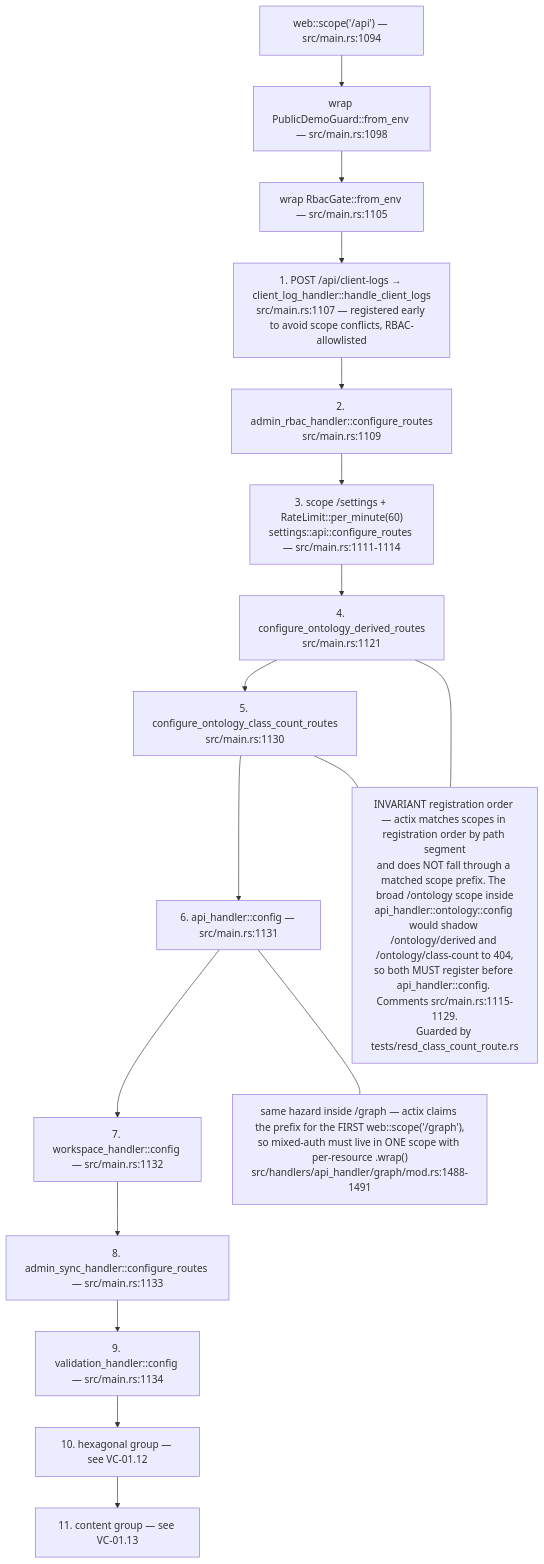
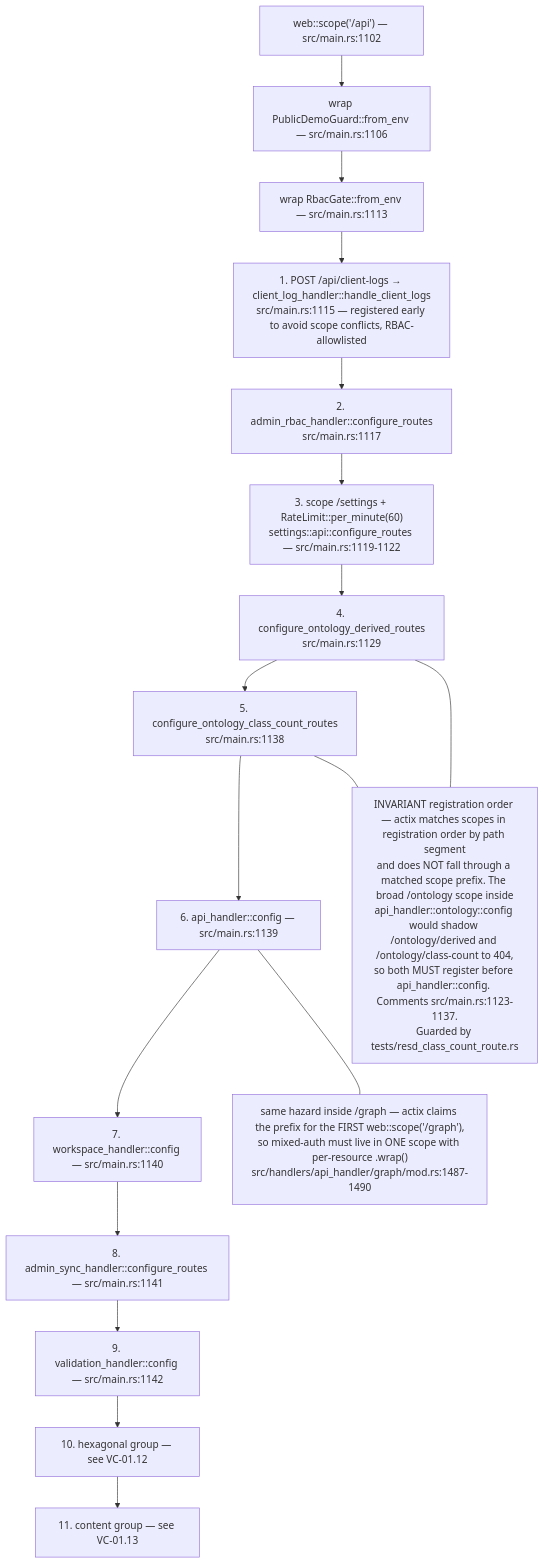
The eighth of 13 diagrams in docs/diagrams/visionclaw/01-boot-and-app-state.md (DreamLab-AI/VisionFlow), drawn with Mermaid before and after one commit. The commit also changed other lines of this file and 4 other files, not shown here.

Commit message:
docs(diagrams): visionclaw 01 and 04 after the graph_state_handler removal

````diff
--- a/docs/diagrams/visionclaw/01-boot-and-app-state.md
+++ b/docs/diagrams/visionclaw/01-boot-and-app-state.md
@@ -364,22 +364,22 @@
 ```mermaid
 flowchart TB
-    S["web::scope('/api') — src/main.rs:1094"]
-    S --> G1["wrap PublicDemoGuard::from_env — src/main.rs:1098"]
-    G1 --> G2["wrap RbacGate::from_env — src/main.rs:1105"]
-    G2 --> R1["1. POST /api/client-logs → client_log_handler::handle_client_logs<br/>src/main.rs:1107 — registered early to avoid scope conflicts, RBAC-allowlisted"]
-    R1 --> R2["2. admin_rbac_handler::configure_routes<br/>src/main.rs:1109"]
-    R2 --> R3["3. scope /settings + RateLimit::per_minute(60)<br/>settings::api::configure_routes — src/main.rs:1111-1114"]
-    R3 --> R4["4. configure_ontology_derived_routes<br/>src/main.rs:1121"]
-    R4 --> R5["5. configure_ontology_class_count_routes<br/>src/main.rs:1130"]
-    R5 --> R6["6. api_handler::config — src/main.rs:1131"]
-    R6 --> R7["7. workspace_handler::config — src/main.rs:1132"]
-    R7 --> R8["8. admin_sync_handler::configure_routes — src/main.rs:1133"]
-    R8 --> R9["9. validation_handler::config — src/main.rs:1134"]
+    S["web::scope('/api') — src/main.rs:1102"]
+    S --> G1["wrap PublicDemoGuard::from_env — src/main.rs:1106"]
+    G1 --> G2["wrap RbacGate::from_env — src/main.rs:1113"]
+    G2 --> R1["1. POST /api/client-logs → client_log_handler::handle_client_logs<br/>src/main.rs:1115 — registered early to avoid scope conflicts, RBAC-allowlisted"]
+    R1 --> R2["2. admin_rbac_handler::configure_routes<br/>src/main.rs:1117"]
+    R2 --> R3["3. scope /settings + RateLimit::per_minute(60)<br/>settings::api::configure_routes — src/main.rs:1119-1122"]
+    R3 --> R4["4. configure_ontology_derived_routes<br/>src/main.rs:1129"]
+    R4 --> R5["5. configure_ontology_class_count_routes<br/>src/main.rs:1138"]
+    R5 --> R6["6. api_handler::config — src/main.rs:1139"]
+    R6 --> R7["7. workspace_handler::config — src/main.rs:1140"]
+    R7 --> R8["8. admin_sync_handler::configure_routes — src/main.rs:1141"]
+    R8 --> R9["9. validation_handler::config — src/main.rs:1142"]
     R9 --> R10["10. hexagonal group — see VC-01.12"]
     R10 --> R11["11. content group — see VC-01.13"]
-    ORD["INVARIANT registration order — actix matches scopes in registration order by path segment<br/>and does NOT fall through a matched scope prefix. The broad /ontology scope inside<br/>api_handler::ontology::config would shadow /ontology/derived and /ontology/class-count to 404,<br/>so both MUST register before api_handler::config. Comments src/main.rs:1115-1129.<br/>Guarded by tests/resd_class_count_route.rs"]
+    ORD["INVARIANT registration order — actix matches scopes in registration order by path segment<br/>and does NOT fall through a matched scope prefix. The broad /ontology scope inside<br/>api_handler::ontology::config would shadow /ontology/derived and /ontology/class-count to 404,<br/>so both MUST register before api_handler::config. Comments src/main.rs:1123-1137.<br/>Guarded by tests/resd_class_count_route.rs"]
     R4 --- ORD
     R5 --- ORD
-    ORD2["same hazard inside /graph — actix claims the prefix for the FIRST web::scope('/graph'),<br/>so mixed-auth must live in ONE scope with per-resource .wrap()<br/>src/handlers/api_handler/graph/mod.rs:1488-1491"]
+    ORD2["same hazard inside /graph — actix claims the prefix for the FIRST web::scope('/graph'),<br/>so mixed-auth must live in ONE scope with per-resource .wrap()<br/>src/handlers/api_handler/graph/mod.rs:1487-1490"]
     R6 --- ORD2
 ```
````
